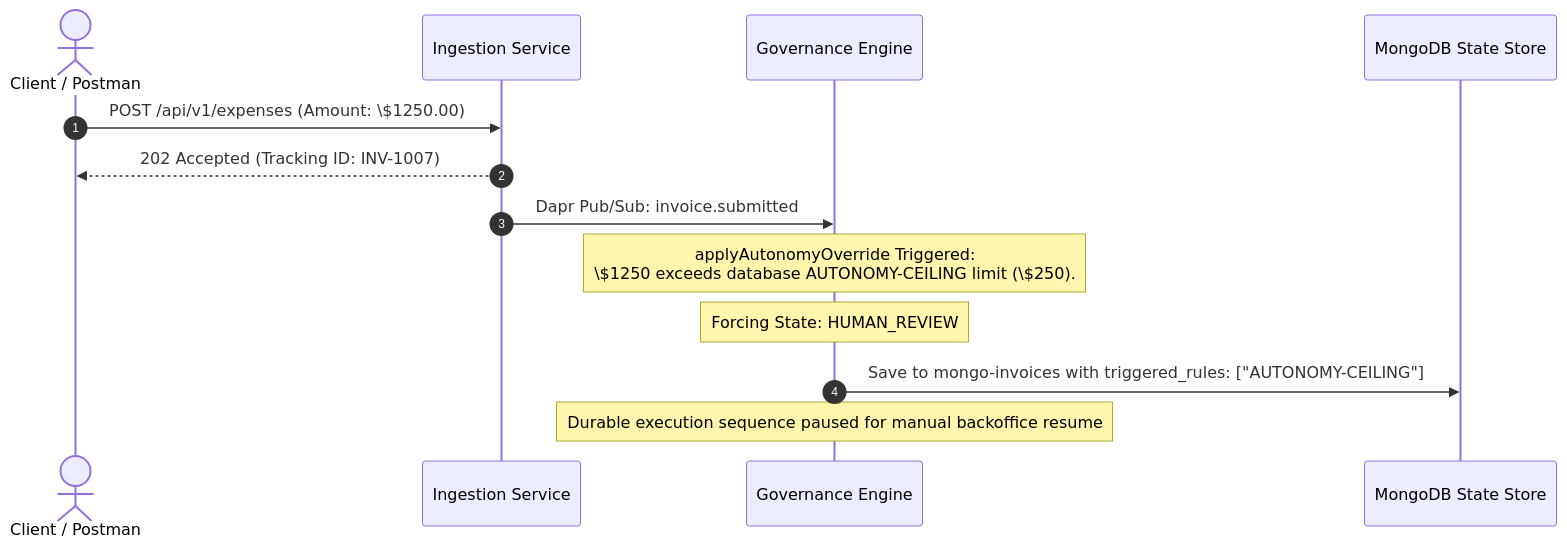
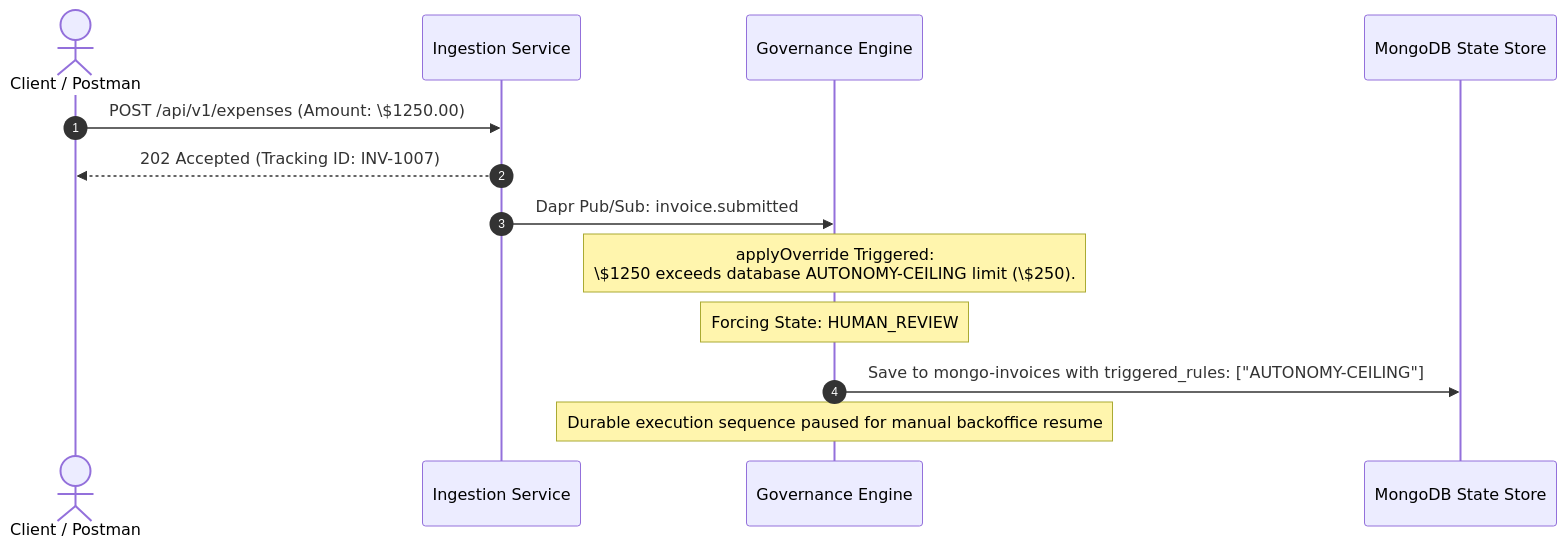
The third of 4 diagrams in docs/ARCHITECTURE.md (roman-shneer/InvoiceApprovalFlow), drawn with Mermaid before and after one commit. The commit also changed other lines of this file and 12 other files, not shown here.

````diff
--- a/docs/ARCHITECTURE.md
+++ b/docs/ARCHITECTURE.md
@@ -102,17 +102,17 @@
 ```mermaid
 sequenceDiagram
     autonumber
     actor Client as Client / Postman
     participant IS as Ingestion Service
     participant GS as Governance Engine
     participant DB as MongoDB State Store
 
     Client->>IS: POST /api/v1/expenses (Amount: \$1250.00)
     IS-->>Client: 202 Accepted (Tracking ID: INV-1007)
     IS->>GS: Dapr Pub/Sub: invoice.submitted
     
-    Note over GS: applyAutonomyOverride Triggered:<br/>\$1250 exceeds database AUTONOMY-CEILING limit (\$250).
+    Note over GS: applyOverride Triggered:<br/>\$1250 exceeds database AUTONOMY-CEILING limit (\$250).
     Note over GS: Forcing State: HUMAN_REVIEW
     GS->>DB: Save to mongo-invoices with triggered_rules: ["AUTONOMY-CEILING"]
     Note over GS: Durable execution sequence paused for manual backoffice resume
 ```
````
